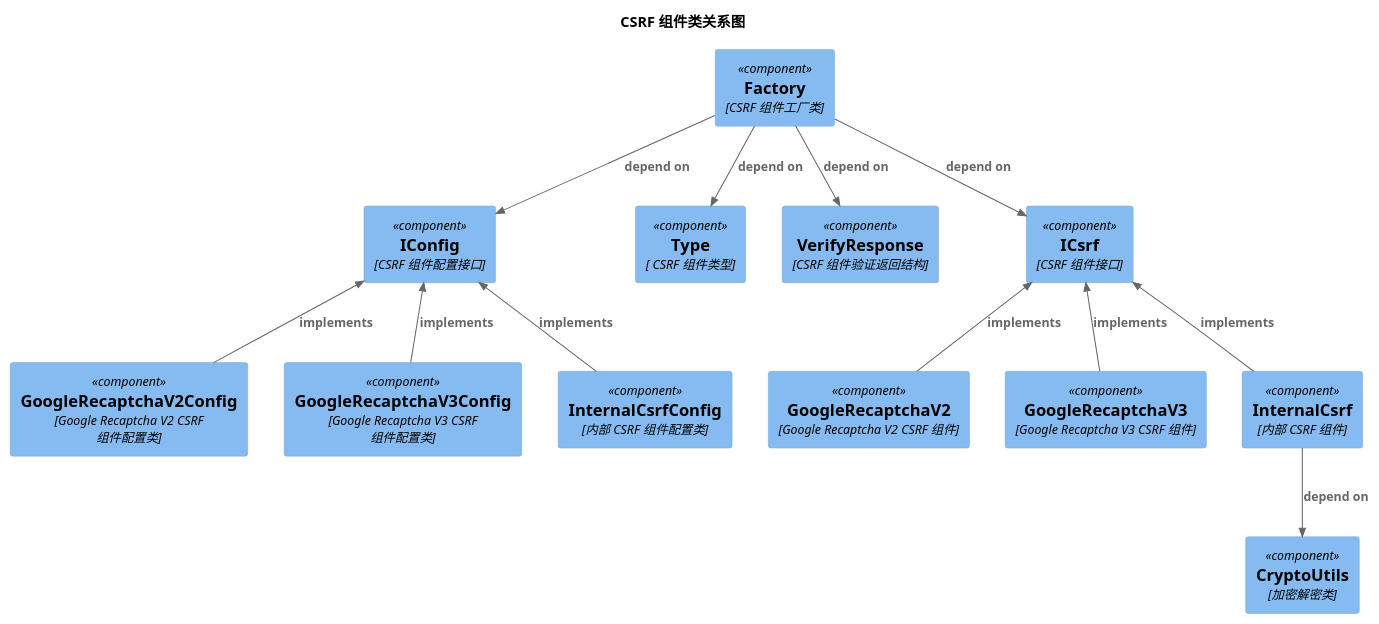
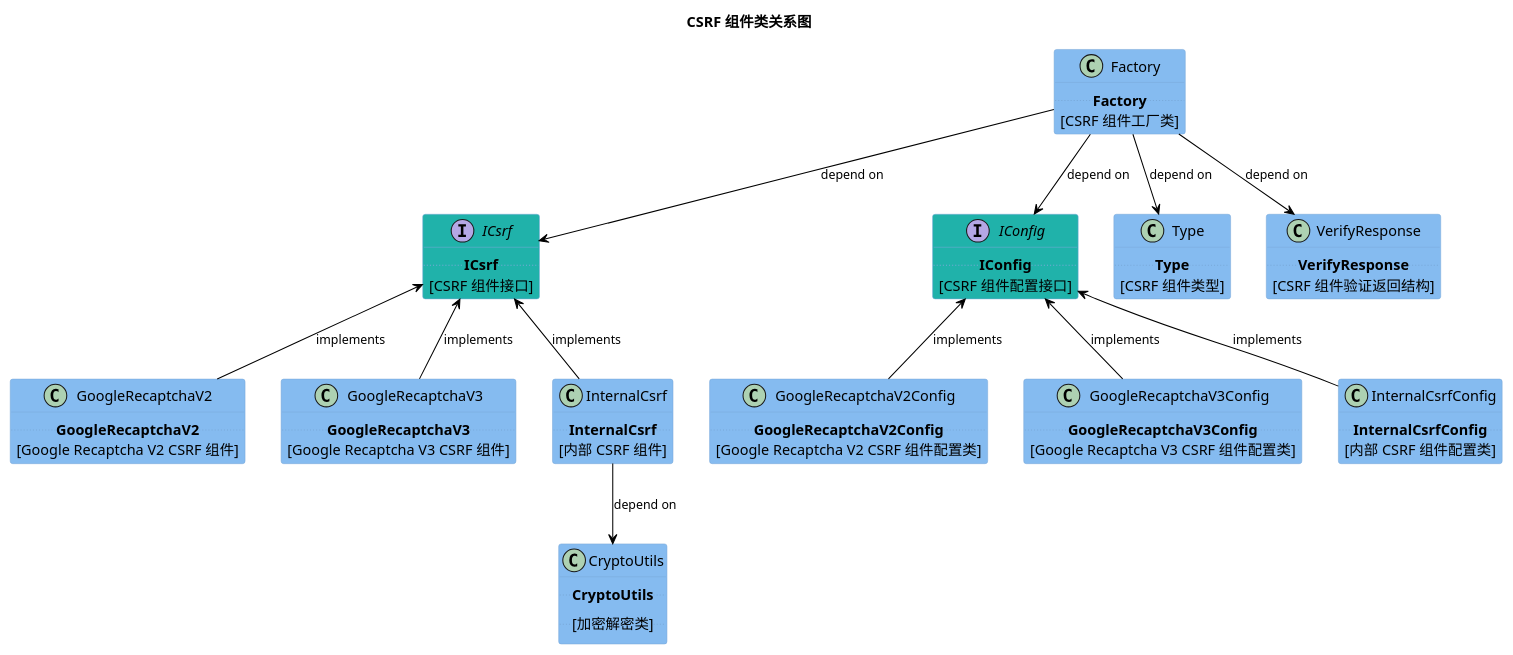
The diagram in php-csrf/README.md (xfdipzone/php-program), drawn with PlantUML before and after one commit. The commit also changed 1 other file, not shown here.

Commit message:
docs: update php-csrf README
update class diagram.

````diff
--- a/php-csrf/README.md
+++ b/php-csrf/README.md
@@ -41,29 +41,113 @@
 ```plantuml
-@startuml component-diagram
-!includeurl https://raw.githubusercontent.com/RicardoNiepel/C4-PlantUML/release/1-0/C4_Component.puml
-title "CSRF 组件类关系图"
-Component(IConfig, "IConfig", "CSRF 组件配置接口")
-Component(GoogleRecaptchaV2Config, "GoogleRecaptchaV2Config", "Google Recaptcha V2 CSRF 组件配置类")
-Component(GoogleRecaptchaV3Config, "GoogleRecaptchaV3Config", "Google Recaptcha V3 CSRF 组件配置类")
-Component(InternalCsrfConfig, "InternalCsrfConfig", "内部 CSRF 组件配置类")
-Component(Type, "Type", " CSRF 组件类型")
-Component(VerifyResponse, "VerifyResponse", "CSRF 组件验证返回结构")
-Component(GoogleRecaptchaV2, "GoogleRecaptchaV2", "Google Recaptcha V2 CSRF 组件")
-Component(GoogleRecaptchaV3, "GoogleRecaptchaV3", "Google Recaptcha V3 CSRF 组件")
-Component(InternalCsrf, "InternalCsrf", "内部 CSRF 组件")
-Component(CryptoUtils, "CryptoUtils", "加密解密类")
-Component(ICsrf, "ICsrf", "CSRF 组件接口")
-Component(Factory, "Factory", "CSRF 组件工厂类")
-Rel_Back(IConfig, GoogleRecaptchaV2Config, "implements")
-Rel_Back(IConfig, GoogleRecaptchaV3Config, "implements")
-Rel_Back(IConfig, InternalCsrfConfig, "implements")
-Rel_Back(ICsrf, GoogleRecaptchaV2, "implements")
-Rel_Back(ICsrf, GoogleRecaptchaV3, "implements")
-Rel_Back(ICsrf, InternalCsrf, "implements")
-Rel(InternalCsrf, CryptoUtils, "depend on")
-Rel(Factory, IConfig, "depend on")
-Rel(Factory, ICsrf, "depend on")
-Rel(Factory, Type, "depend on")
-Rel(Factory, VerifyResponse, "depend on")
+@startuml
+title CSRF 组件类关系图
+
+' 设置全局样式
+skinparam componentStyle rectangle
+skinparam roundcorner 5
+skinparam shadowing false
+skinparam DefaultFontName "Microsoft YaHei"
+skinparam DefaultTextAlignment center ' 强制全局文本居中
+
+' 颜色定义
+skinparam class {
+    BackgroundColor #85BBF0
+    BorderColor #78A8D8
+    FontColor black
+    FontSize 14
+}
+
+skinparam interface {
+    BackgroundColor #20B2AA
+    BorderColor #78A8D8
+    FontColor black
+    FontSize 14
+}
+
+skinparam arrow {
+    Color #000000
+    FontColor #000000
+    FontSize 12
+}
+
+' 定义组件
+class Factory {
+    ..**Factory**..
+    [CSRF 组件工厂类]
+}
+
+class Type {
+    ..**Type**..
+    [CSRF 组件类型]
+}
+
+class VerifyResponse {
+    ..**VerifyResponse**..
+    [CSRF 组件验证返回结构]
+}
+
+' 配置接口与实现类
+interface IConfig #20B2AA {
+    ..**IConfig**..
+    [CSRF 组件配置接口]
+}
+
+class GoogleRecaptchaV2Config {
+    ..**GoogleRecaptchaV2Config**..
+    [Google Recaptcha V2 CSRF 组件配置类]
+}
+
+class GoogleRecaptchaV3Config {
+    ..**GoogleRecaptchaV3Config**..
+    [Google Recaptcha V3 CSRF 组件配置类]
+}
+
+class InternalCsrfConfig {
+    ..**InternalCsrfConfig**..
+    [内部 CSRF 组件配置类]
+}
+
+' CSRF 接口与实现类
+interface ICsrf #20B2AA {
+    ..**ICsrf**..
+    [CSRF 组件接口]
+}
+
+class GoogleRecaptchaV2 {
+    ..**GoogleRecaptchaV2**..
+    [Google Recaptcha V2 CSRF 组件]
+}
+
+class GoogleRecaptchaV3 {
+    ..**GoogleRecaptchaV3**..
+    [Google Recaptcha V3 CSRF 组件]
+}
+
+class InternalCsrf {
+    ..**InternalCsrf**..
+    [内部 CSRF 组件]
+}
+
+class CryptoUtils {
+    ..**CryptoUtils**..
+    ..[加密解密类]..
+}
+
+' 建立关系
+Factory -down-> IConfig : "depend on"
+Factory -down-> Type : "depend on"
+Factory -down-> VerifyResponse : "depend on"
+Factory -down-> ICsrf : "depend on"
+
+GoogleRecaptchaV2Config -up-> IConfig : "implements"
+GoogleRecaptchaV3Config -up-> IConfig : "implements"
+InternalCsrfConfig -up-> IConfig : "implements"
+
+GoogleRecaptchaV2 -up-> ICsrf : "implements"
+GoogleRecaptchaV3 -up-> ICsrf : "implements"
+InternalCsrf -up-> ICsrf : "implements"
+
+InternalCsrf -down-> CryptoUtils : "depend on"
+
 @enduml
 ```
````
